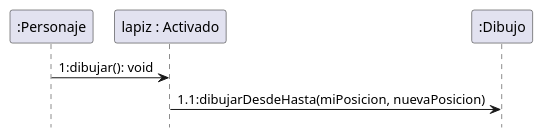
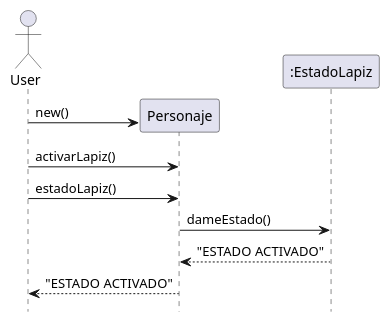
The diagram in src/main/diagramas/SD_lapiz_activado.puml (Lescalante14/Tp2-Algoritmos3-AlgoBlocks), drawn with PlantUML before and after one commit. The commit also changed 2 other files, not shown here.

Commit message:
Diagramas de secuencia

```diff
--- a/src/main/diagramas/SD_lapiz_activado.puml
+++ b/src/main/diagramas/SD_lapiz_activado.puml
@@ -1,9 +1,16 @@
 @startuml
 
 hide footbox
+actor User
 
-":Personaje" -> "lapiz : Activado": 1:dibujar(): void
+create Personaje
+User -> Personaje: new()
+User -> Personaje: activarLapiz()
+User -> Personaje: estadoLapiz()
 
-"lapiz : Activado" -> ":Dibujo": 1.1:dibujarDesdeHasta(miPosicion, nuevaPosicion)
+Personaje -> ":EstadoLapiz": dameEstado()
+
+":EstadoLapiz" --> Personaje: "ESTADO ACTIVADO"
+Personaje --> User: "ESTADO ACTIVADO"
 
 @enduml
```
